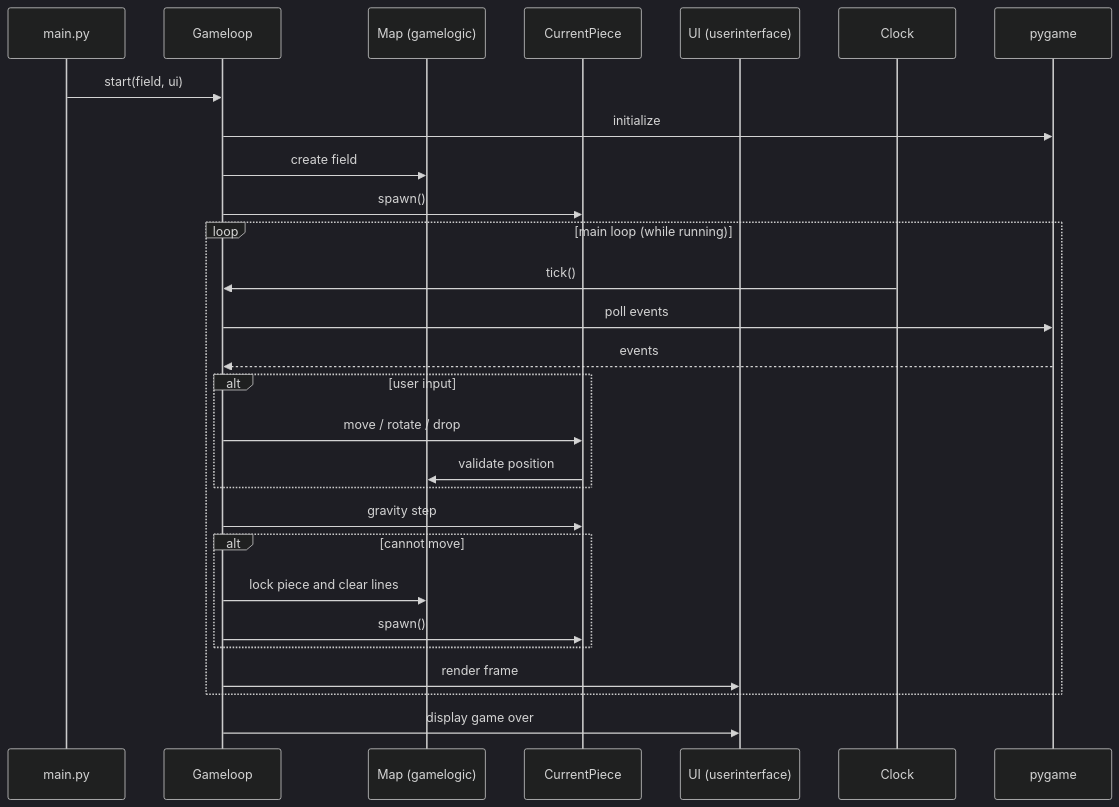
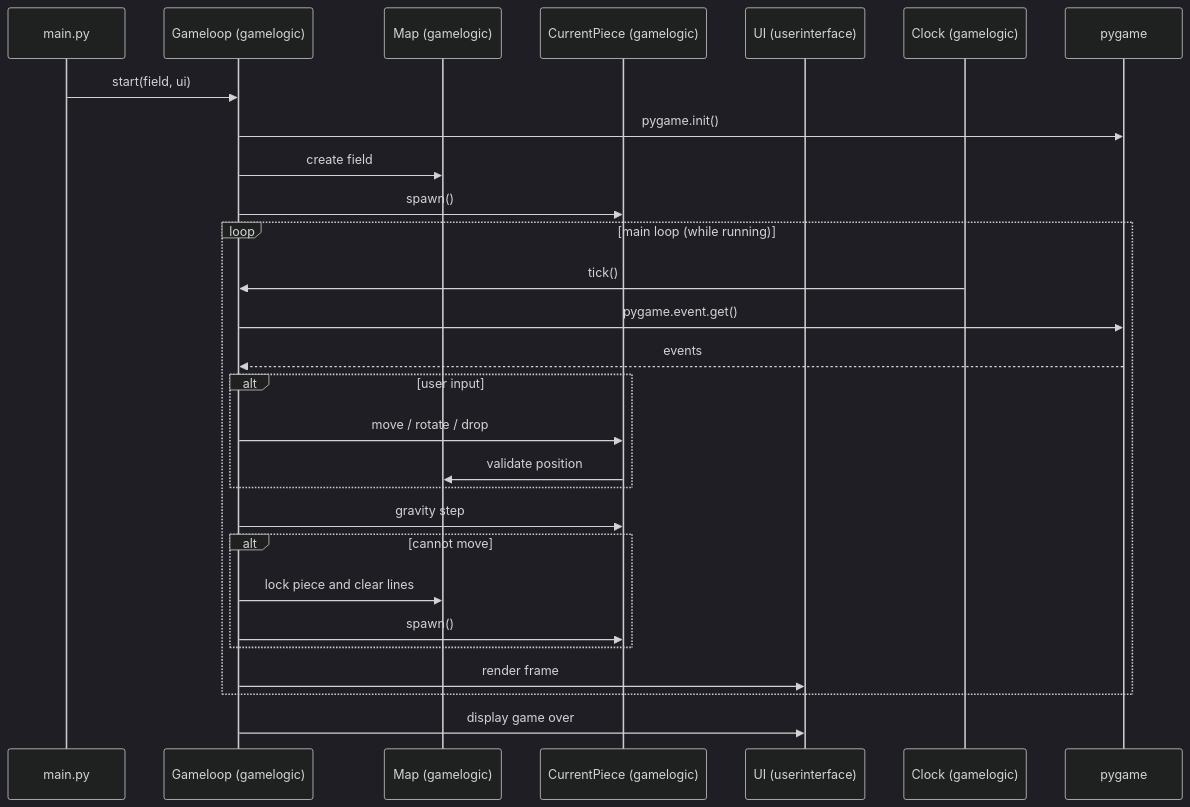
One commit to L0uko/Ohjelmistotekniikka_sovellus changed the diagram in application/dokumentaatio/graph.md. Above: the diagram before and after it, drawn with Mermaid (dark theme). The commit also changed other lines of this file, not shown here.

````diff
--- a/application/dokumentaatio/graph.md
+++ b/application/dokumentaatio/graph.md
@@ -3,36 +3,36 @@
 ```mermaid
 sequenceDiagram
     participant Main as main.py
-    participant Game as Gameloop
+    participant Game as Gameloop (gamelogic)
     participant Map as Map (gamelogic)
-    participant Piece as CurrentPiece
+    participant Piece as CurrentPiece (gamelogic)
     participant UI as UI (userinterface)
-    participant Clock as Clock
+    participant Clock as Clock (gamelogic)
     participant Pygame as pygame
 
     Main->>Game: start(field, ui)
-    Game->>Pygame: initialize
+    Game->>Pygame: pygame.init()
     Game->>Map: create field
     Game->>Piece: spawn()
 
     loop main loop (while running)
         Clock->>Game: tick()
-        Game->>Pygame: poll events
+        Game->>Pygame: pygame.event.get()
         Pygame-->>Game: events
 
         alt user input
             Game->>Piece: move / rotate / drop
             Piece->>Map: validate position
         end
 
         Game->>Piece: gravity step
         alt cannot move
             Game->>Map: lock piece and clear lines
             Game->>Piece: spawn()
         end
 
         Game->>UI: render frame
     end
 
     Game->>UI: display game over
 ```
````
